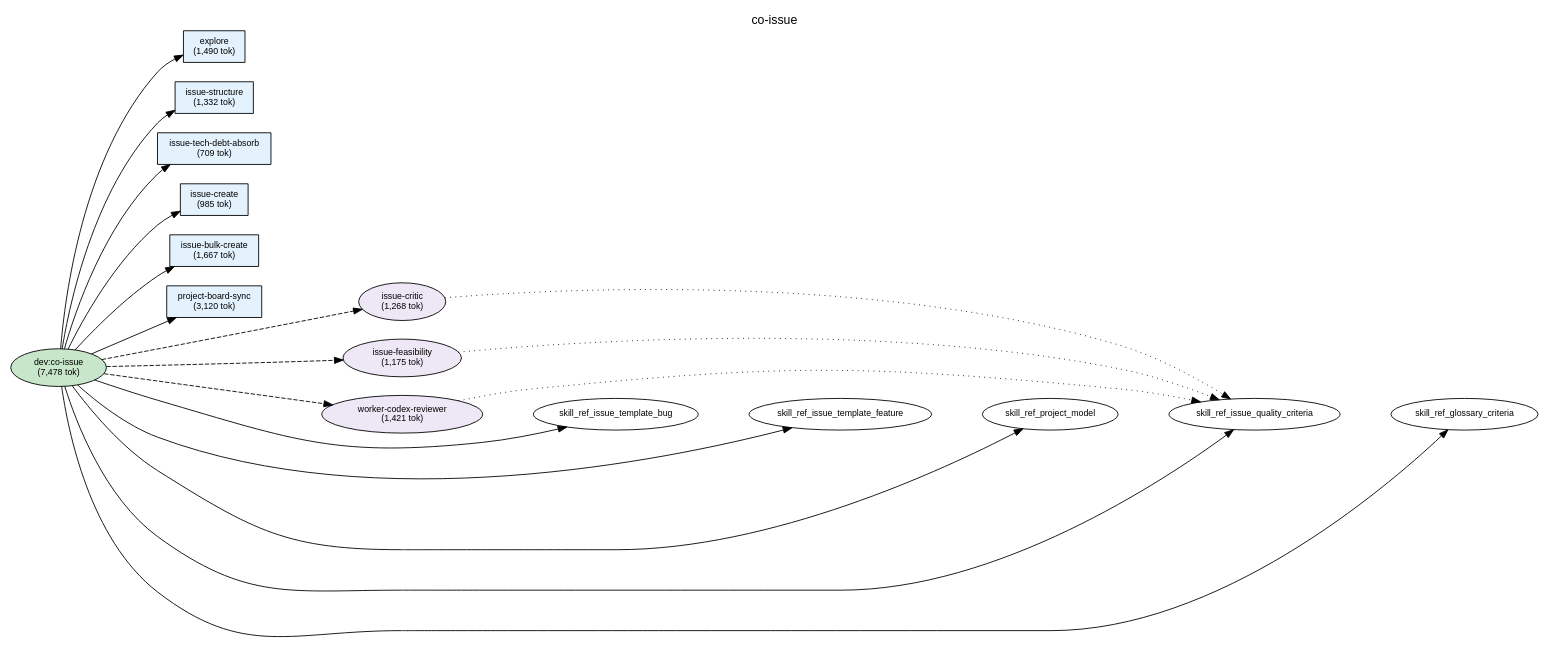
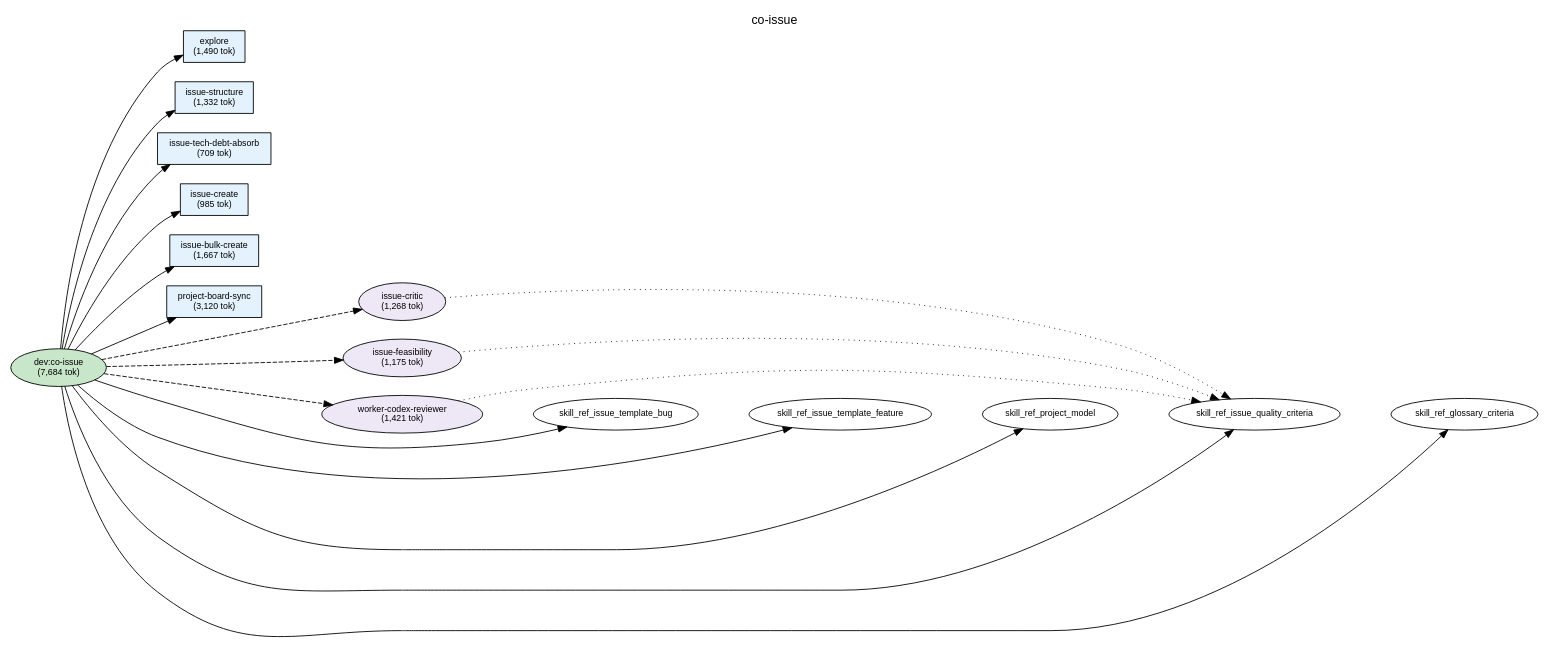
The diagram in plugins/dev/docs/deps-co-issue.dot (shuu5/twill), drawn with Graphviz before and after one commit. The commit also changed 9 other files, not shown here.

```diff
--- a/plugins/dev/docs/deps-co-issue.dot
+++ b/plugins/dev/docs/deps-co-issue.dot
@@ -1,80 +1,80 @@
 digraph Dependencies {
     // Graph settings
     rankdir=LR;
     ranksep=0.8;
     nodesep=0.3;
     fontname="Helvetica";
     node [fontname="Helvetica", fontsize=10];
     edge [fontname="Helvetica", fontsize=9];
     label="co-issue";
     labelloc=t;
     fontsize=14;
 
     // L0: Controller Skills
-    skill_co_issue [label="dev:co-issue\n(7,478 tok)", shape=ellipse, style=filled, fillcolor="#c8e6c9"];
+    skill_co_issue [label="dev:co-issue\n(7,684 tok)", shape=ellipse, style=filled, fillcolor="#c8e6c9"];
 
     // L0: Launchers
 
     // L0.5: Workflow Skills
 
     // Reference Skills
 
     // L1: Direct Commands
     cmd_issue_structure [label="issue-structure\n(1,332 tok)", shape=box, style=filled, fillcolor="#e3f2fd"];
     cmd_issue_create [label="issue-create\n(985 tok)", shape=box, style=filled, fillcolor="#e3f2fd"];
     cmd_issue_bulk_create [label="issue-bulk-create\n(1,667 tok)", shape=box, style=filled, fillcolor="#e3f2fd"];
     cmd_issue_tech_debt_absorb [label="issue-tech-debt-absorb\n(709 tok)", shape=box, style=filled, fillcolor="#e3f2fd"];
     cmd_project_board_sync [label="project-board-sync\n(3,120 tok)", shape=box, style=filled, fillcolor="#e3f2fd"];
     cmd_explore [label="explore\n(1,490 tok)", shape=box, style=filled, fillcolor="#e3f2fd"];
 
     // L2: Sub Commands
 
     // L3: Agents
     agent_issue_critic [label="issue-critic\n(1,268 tok)", shape=ellipse, style=filled, fillcolor="#ede7f6"];
     agent_issue_feasibility [label="issue-feasibility\n(1,175 tok)", shape=ellipse, style=filled, fillcolor="#ede7f6"];
     agent_worker_codex_reviewer [label="worker-codex-reviewer\n(1,421 tok)", shape=ellipse, style=filled, fillcolor="#ede7f6"];
 
     // L3.5: Scripts
 
     // L4: External
 
     // Layer constraints
     { rank=same; skill_co_issue; }
     { rank=same; cmd_issue_structure; cmd_issue_create; cmd_issue_bulk_create; cmd_issue_tech_debt_absorb; cmd_project_board_sync; cmd_explore; }
     { rank=same; agent_issue_critic; agent_issue_feasibility; agent_worker_codex_reviewer; }
 
     // Edges
     skill_co_issue -> cmd_explore;
     skill_co_issue -> cmd_issue_structure;
     skill_co_issue -> cmd_issue_tech_debt_absorb;
     skill_co_issue -> cmd_issue_create;
     skill_co_issue -> cmd_issue_bulk_create;
     skill_co_issue -> cmd_project_board_sync;
     skill_co_issue -> agent_issue_critic [style=dashed];
     skill_co_issue -> agent_issue_feasibility [style=dashed];
     skill_co_issue -> agent_worker_codex_reviewer [style=dashed];
     skill_co_issue -> skill_ref_issue_template_bug;
     skill_co_issue -> skill_ref_issue_template_feature;
     skill_co_issue -> skill_ref_project_model;
     skill_co_issue -> skill_ref_issue_quality_criteria;
     skill_co_issue -> skill_ref_glossary_criteria;
     agent_issue_critic -> skill_ref_issue_quality_criteria [style=dotted];
     agent_issue_feasibility -> skill_ref_issue_quality_criteria [style=dotted];
     agent_worker_codex_reviewer -> skill_ref_issue_quality_criteria [style=dotted];
 
     // Ordering constraints (invisible edges)
     cmd_explore -> cmd_issue_structure [style=invis, weight=10];
     cmd_issue_structure -> cmd_issue_tech_debt_absorb [style=invis, weight=10];
     cmd_issue_tech_debt_absorb -> cmd_issue_create [style=invis, weight=10];
     cmd_issue_create -> cmd_issue_bulk_create [style=invis, weight=10];
     cmd_issue_bulk_create -> cmd_project_board_sync [style=invis, weight=10];
     cmd_project_board_sync -> agent_issue_critic [style=invis, weight=10];
     agent_issue_critic -> agent_issue_feasibility [style=invis, weight=10];
     agent_issue_feasibility -> agent_worker_codex_reviewer [style=invis, weight=10];
     agent_worker_codex_reviewer -> skill_ref_issue_template_bug [style=invis, weight=10];
     skill_ref_issue_template_bug -> skill_ref_issue_template_feature [style=invis, weight=10];
     skill_ref_issue_template_feature -> skill_ref_project_model [style=invis, weight=10];
     skill_ref_project_model -> skill_ref_issue_quality_criteria [style=invis, weight=10];
     skill_ref_issue_quality_criteria -> skill_ref_glossary_criteria [style=invis, weight=10];
 
 }
```
